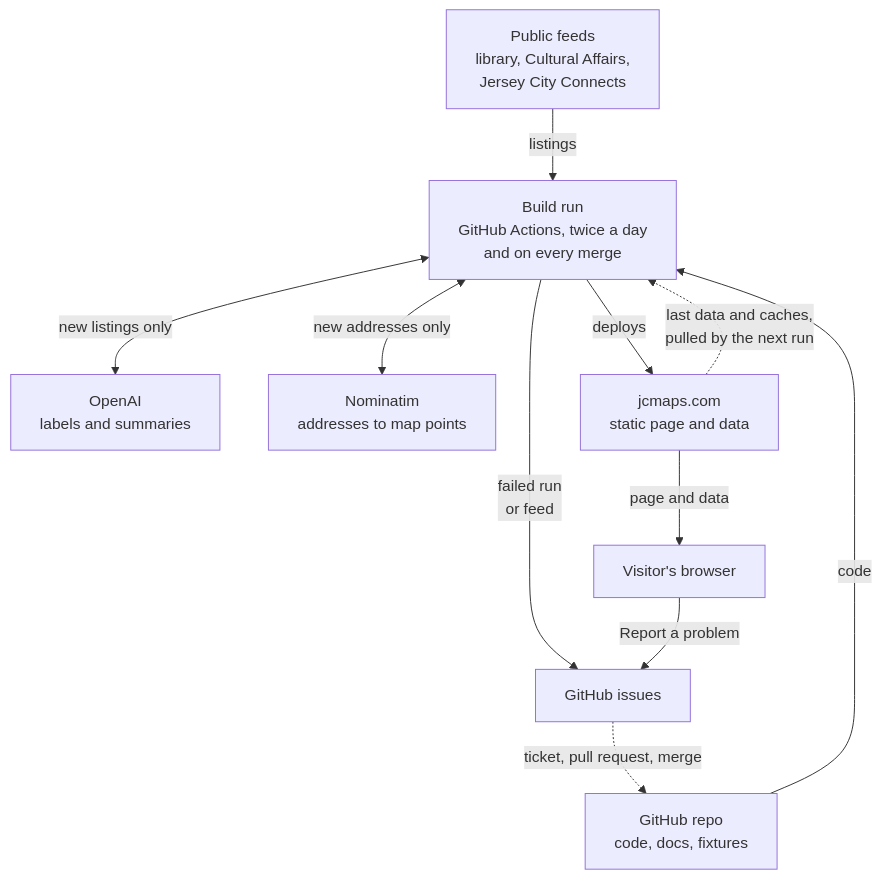
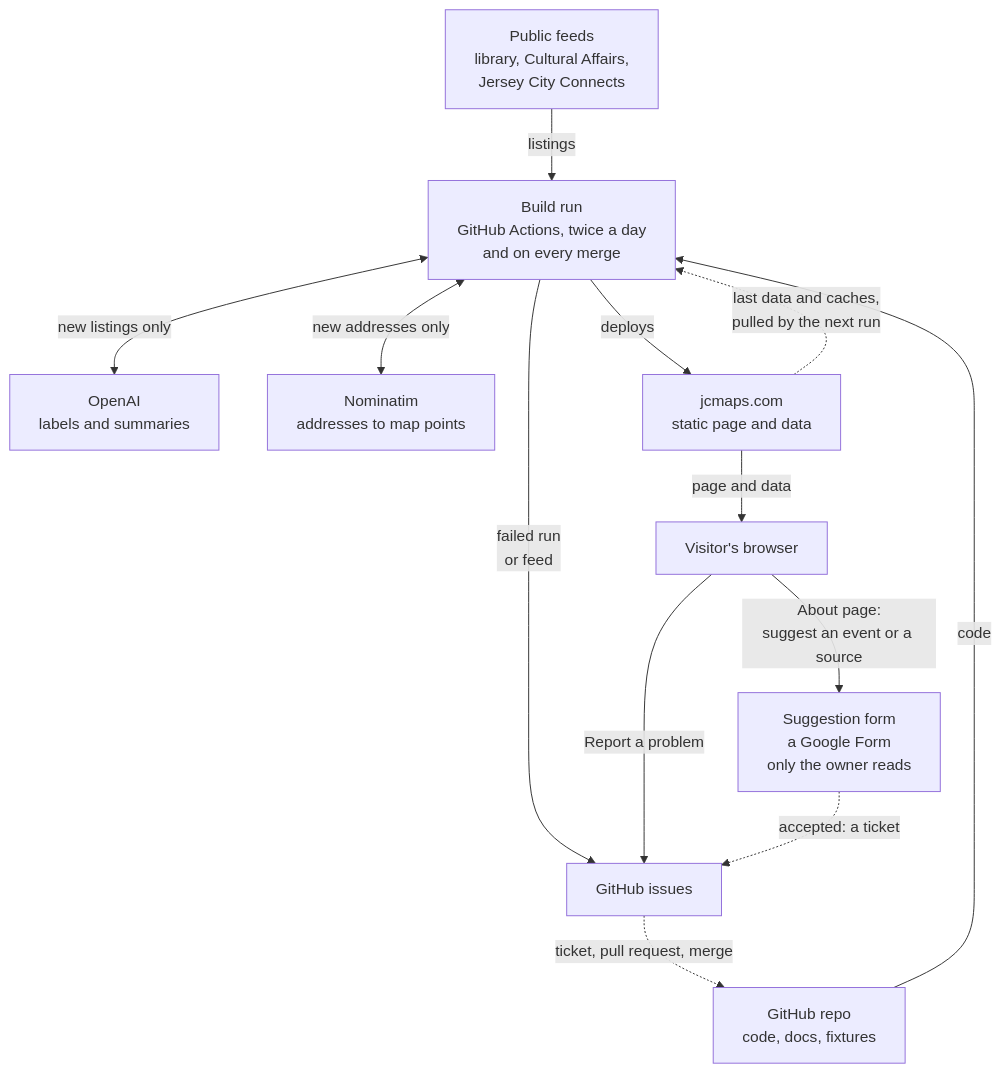
One commit to taneta/jcmaps changed the first of 2 diagrams in docs/how-it-works.md. Above: the diagram before and after it, drawn with Mermaid. The commit also changed other lines of this file and 11 other files, not shown here.

First line of the commit message:
An About page with a suggestion form, reached from the map's credit line (#38)

````diff
--- a/docs/how-it-works.md
+++ b/docs/how-it-works.md
@@ -9,23 +9,26 @@
 ```mermaid
 flowchart TD
     %% Mirrors .github/workflows/build.yml. Update it when the run, a trigger or a service changes.
     feeds["Public feeds<br/>library, Cultural Affairs,<br/>Jersey City Connects"]
     repo["GitHub repo<br/>code, docs, fixtures"]
     run["Build run<br/>GitHub Actions, twice a day<br/>and on every merge"]
     openai["OpenAI<br/>labels and summaries"]
     nominatim["Nominatim<br/>addresses to map points"]
     site["jcmaps.com<br/>static page and data"]
     visitor["Visitor's browser"]
     issues["GitHub issues"]
+    form["Suggestion form<br/>a Google Form<br/>only the owner reads"]
 
     feeds -->|listings| run
     repo -->|code| run
     run <-->|new listings only| openai
     run <-->|new addresses only| nominatim
     run -->|deploys| site
     site -->|page and data| visitor
     run -->|failed run<br/>or feed| issues
     visitor -->|Report a problem| issues
+    visitor -->|About page:<br/>suggest an event or a source| form
+    form -.->|accepted: a ticket| issues
     site -.->|last data and caches,<br/>pulled by the next run| run
     issues -.->|ticket, pull request, merge| repo
 ```
````
